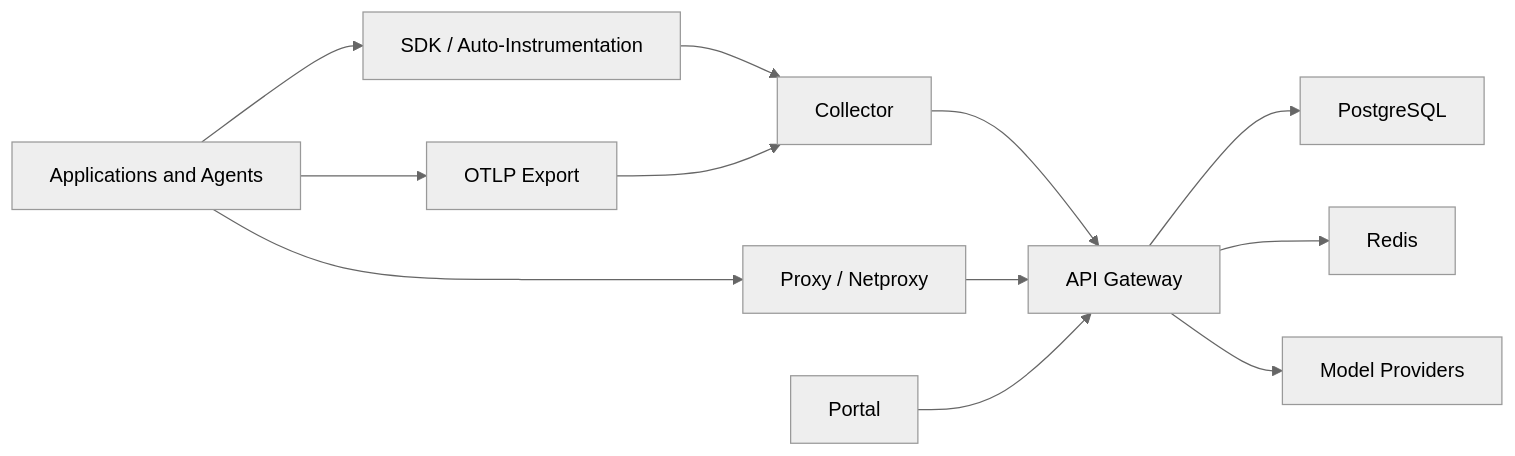
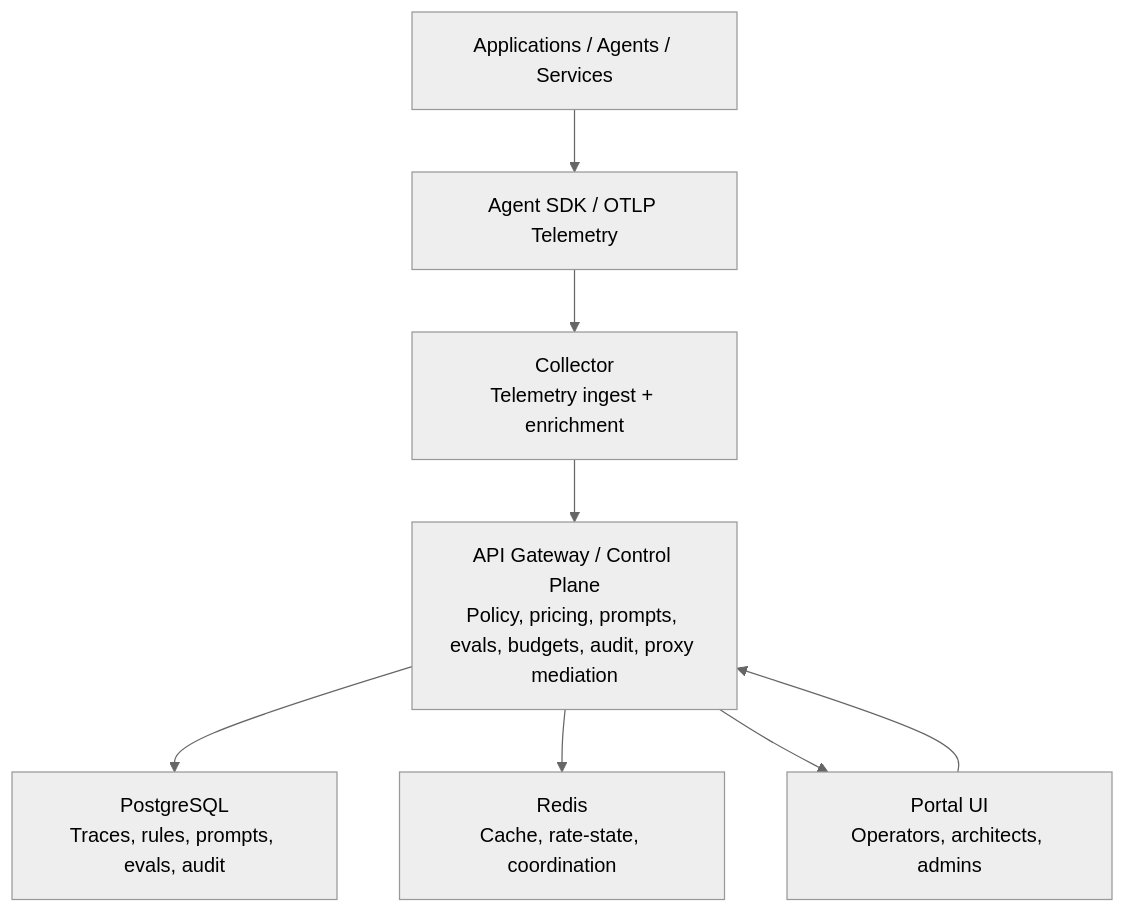
One commit to rastogivaibhav/AgentFabric changed the first of 2 diagrams in docs/ARCHITECTURE.md. Above: the diagram before and after it, drawn with Mermaid (neutral theme). The commit also changed other lines of this file and 12 other files, not shown here.

````diff
--- a/docs/ARCHITECTURE.md
+++ b/docs/ARCHITECTURE.md
@@ -99,25 +37,10 @@
 ```mermaid
-flowchart LR
-    APP["Applications and Agents"]
-    SDK["SDK / Auto-Instrumentation"]
-    OTLP["OTLP Export"]
-    COL["Collector"]
-    GW["API Gateway"]
-    PX["Proxy / Netproxy"]
-    UI["Portal"]
-    PG["PostgreSQL"]
-    RD["Redis"]
-    EXT["Model Providers"]
-
-    APP --> SDK
-    APP --> OTLP
-    SDK --> COL
-    OTLP --> COL
-    APP --> PX
-    COL --> GW
-    PX --> GW
-    UI --> GW
-    GW --> PG
-    GW --> RD
-    GW --> EXT
+flowchart TB
+    A["Applications / Agents / Services"] --> B["Agent SDK / OTLP Telemetry"]
+    B --> C["Collector<br/>Telemetry ingest + enrichment"]
+    C --> D["API Gateway / Control Plane<br/>Policy, pricing, prompts, evals, budgets, audit, proxy mediation"]
+    D --> E["PostgreSQL<br/>Traces, rules, prompts, evals, audit"]
+    D --> F["Redis<br/>Cache, rate-state, coordination"]
+    D --> G["Portal UI<br/>Operators, architects, admins"]
+    G --> D
 ```
````
